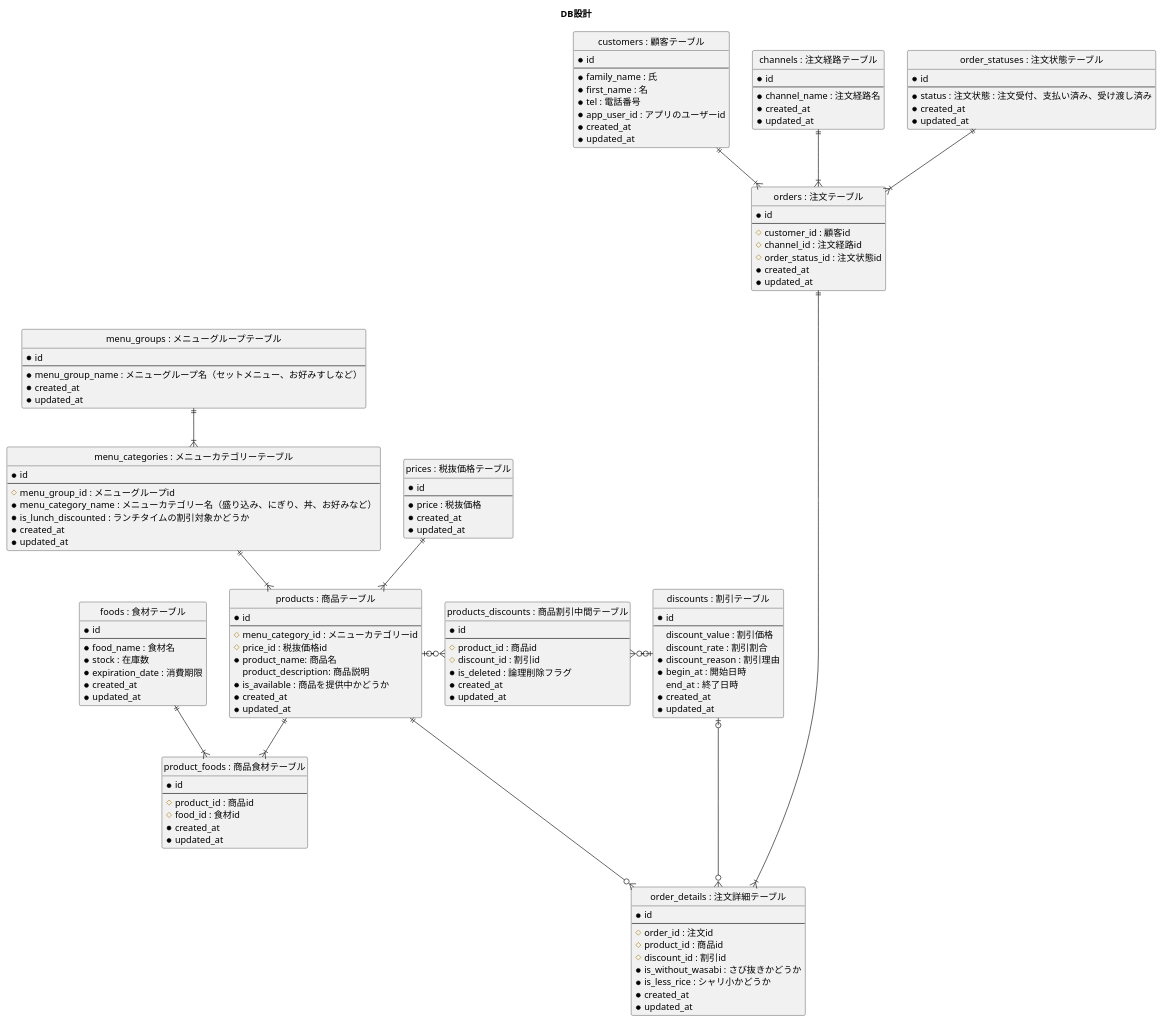
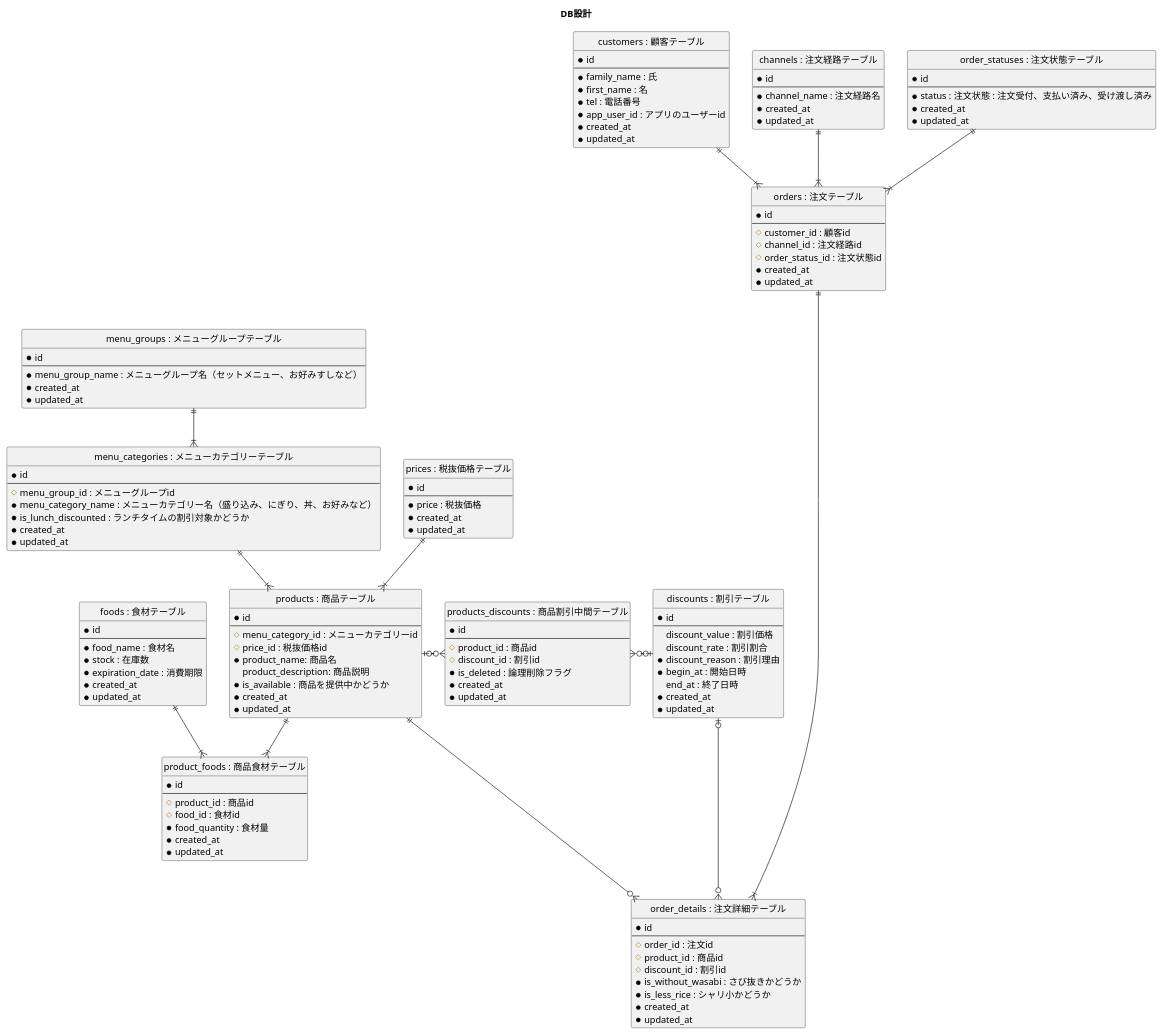
The diagram in RSnHzWhxTB705z/01_データベース設計/01_DBモデリング1/01_01_03_er_diagram.puml (praha-inc/praha-challenge-7), drawn with PlantUML before and after one commit. The commit also changed 1 other file, not shown here.

Commit message:
[update] 01_DBモデリング1　課題3 レビューいただき、ER図を修正

```diff
--- a/RSnHzWhxTB705z/01_データベース設計/01_DBモデリング1/01_01_03_er_diagram.puml
+++ b/RSnHzWhxTB705z/01_データベース設計/01_DBモデリング1/01_01_03_er_diagram.puml
@@ -1,155 +1,156 @@
 @startuml
 
 ' hide the spot
 hide circle
 
 title DB設計
 
 entity "customers : 顧客テーブル" as customers {
   *id
   --
   *family_name : 氏
   *first_name : 名
   *tel : 電話番号
   *app_user_id : アプリのユーザーid
   *created_at
   *updated_at
 }
 
 entity "channels : 注文経路テーブル" as channels {
   *id
   --
   *channel_name : 注文経路名
   *created_at
   *updated_at
 }
 
 entity "order_statuses : 注文状態テーブル" as order_statuses {
   *id
   --
   *status : 注文状態 : 注文受付、支払い済み、受け渡し済み
   *created_at
   *updated_at
 }
 
 entity "orders : 注文テーブル" as orders {
   *id
   --
   #customer_id : 顧客id
   #channel_id : 注文経路id
   #order_status_id : 注文状態id
   *created_at
   *updated_at
 }
 
 entity "menu_groups : メニューグループテーブル" as menu_groups {
   *id
   --
   *menu_group_name : メニューグループ名（セットメニュー、お好みすしなど）
   *created_at
   *updated_at
 }
 
 entity "menu_categories : メニューカテゴリーテーブル" as menu_categories {
   *id
   --
   #menu_group_id : メニューグループid
   *menu_category_name : メニューカテゴリー名（盛り込み、にぎり、丼、お好みなど）
   *is_lunch_discounted : ランチタイムの割引対象かどうか
   *created_at
   *updated_at
 }
 
 entity "prices : 税抜価格テーブル" as prices {
   *id
   --
   *price : 税抜価格
   *created_at
   *updated_at
 }
 
 entity "products : 商品テーブル" as products {
   *id
   --
   #menu_category_id : メニューカテゴリーid
   #price_id : 税抜価格id
   *product_name: 商品名
   product_description: 商品説明
   *is_available : 商品を提供中かどうか
   *created_at
   *updated_at
 }
 
 entity "discounts : 割引テーブル" as discounts {
   *id
   --
   discount_value : 割引価格
   discount_rate : 割引割合
   *discount_reason : 割引理由
   *begin_at : 開始日時
   end_at : 終了日時
   *created_at
   *updated_at
 }
 
 entity "products_discounts : 商品割引中間テーブル" as products_discounts {
   *id
   --
   #product_id : 商品id
   #discount_id : 割引id
   *is_deleted : 論理削除フラグ
   *created_at
   *updated_at
 }
 
 entity "foods : 食材テーブル" as foods {
   *id
   --
   *food_name : 食材名
   *stock : 在庫数
   *expiration_date : 消費期限
   *created_at
   *updated_at
 }
 
 entity "product_foods : 商品食材テーブル" as product_foods {
   *id
   --
   #product_id : 商品id
   #food_id : 食材id
+  *food_quantity : 食材量
   *created_at
   *updated_at
 }
 
 entity "order_details : 注文詳細テーブル" as order_details {
   *id
   --
   #order_id : 注文id
   #product_id : 商品id
   #discount_id : 割引id
   *is_without_wasabi : さび抜きかどうか
   *is_less_rice : シャリ小かどうか
   *created_at
   *updated_at
 }
 
 customers ||--|{ orders
 channels ||--|{ orders
 order_statuses ||--|{ orders
 
 orders ||------|{ order_details
 products ||---o{ order_details
 discounts |o---o{ order_details
 
 menu_groups ||--|{ menu_categories
 
 menu_categories ||--|{ products
 prices ||--|{ products
 
 products |o-r-o{ products_discounts
 discounts |o-l-o{ products_discounts
 
 products ||--|{ product_foods
 foods ||--|{ product_foods
 
 @enduml
```
